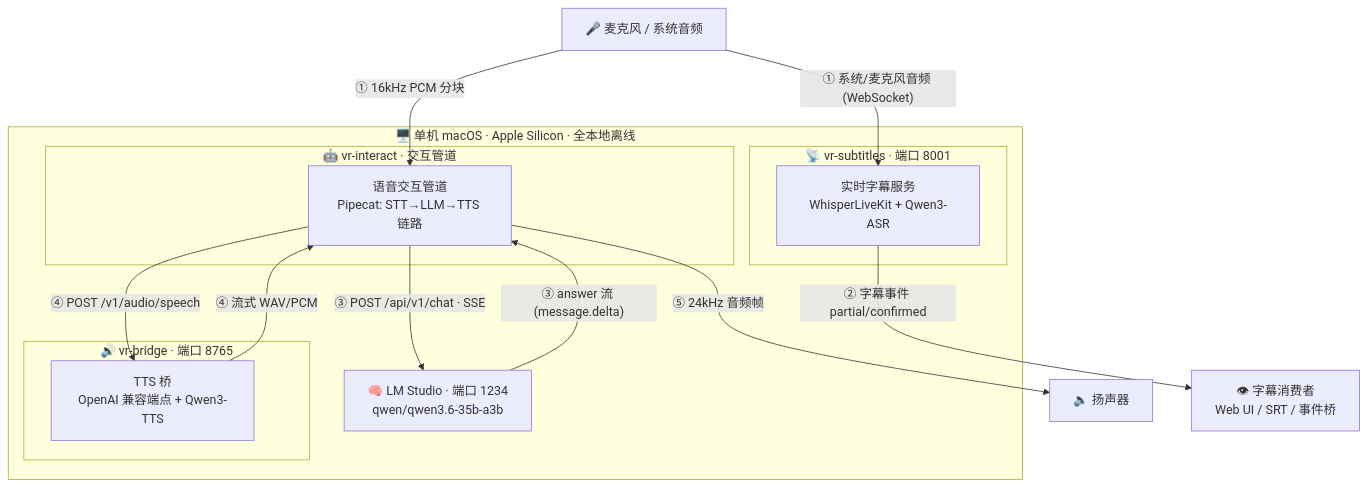
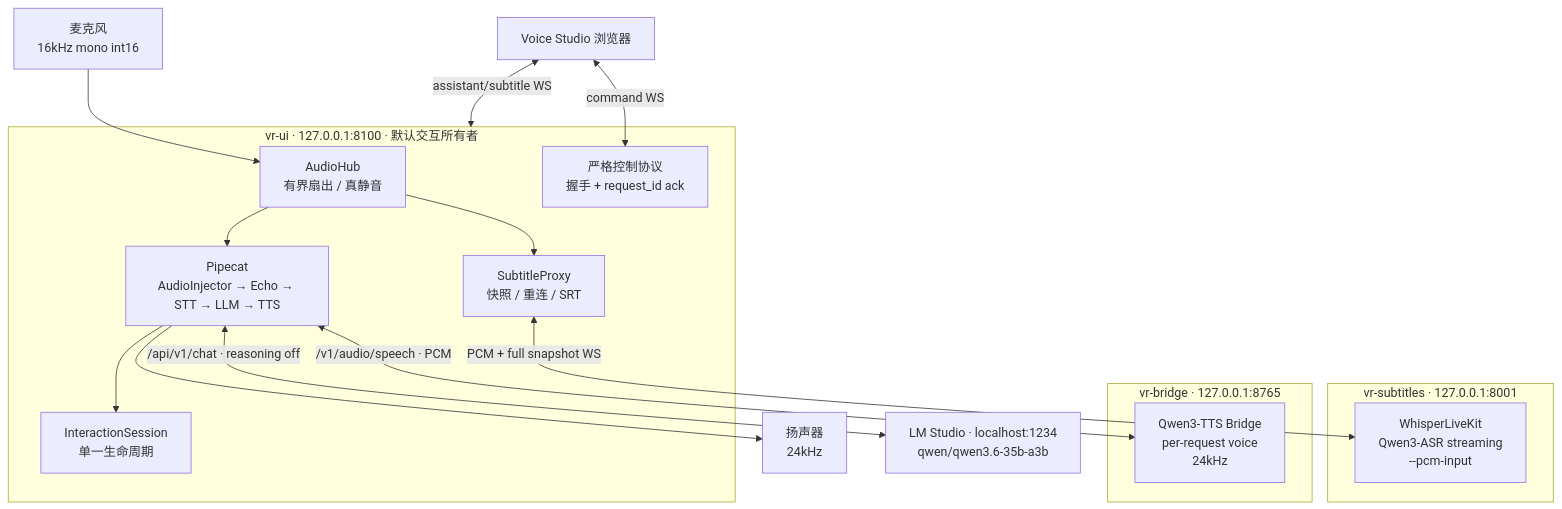
One commit to hrygo/voice-realtime changed the first of 5 diagrams in docs/架构图与流程图.md. Above: the diagram before and after it, drawn with Mermaid. The commit also changed other lines of this file and 9 other files, not shown here.

Commit message:
docs: 收敛 Voice Studio 单一所有者运行架构

````diff
--- a/docs/架构图与流程图.md
+++ b/docs/架构图与流程图.md
@@ -13,28 +7,35 @@
 ```mermaid
-graph TB
-    麦克风[🎤 麦克风 / 系统音频]
-    扬声器[🔈 扬声器]
-    字幕消费[👁 字幕消费者<br/>Web UI / SRT / 事件桥]
+flowchart TB
+    MIC[麦克风<br/>16kHz mono int16]
+    SPEAKER[扬声器<br/>24kHz]
+    BROWSER[Voice Studio 浏览器]
 
-    subgraph MACHINE["🖥️ 单机 macOS · Apple Silicon · 全本地离线"]
-        subgraph S1["📡 vr-subtitles · 端口 8001"]
-            WLK[实时字幕服务<br/>WhisperLiveKit + Qwen3-ASR]
-        end
-        subgraph S2["🤖 vr-interact · 交互管道"]
-            PIPE[语音交互管道<br/>Pipecat: STT→LLM→TTS 链路]
-        end
-        subgraph S3["🔊 vr-bridge · 端口 8765"]
-            BRIDGE[TTS 桥<br/>OpenAI 兼容端点 + Qwen3-TTS]
-        end
-        LMSTUDIO[🧠 LM Studio · 端口 1234<br/>qwen/qwen3.6-35b-a3b]
+    subgraph UI[vr-ui · 127.0.0.1:8100 · 默认交互所有者]
+        HUB[AudioHub<br/>有界扇出 / 真静音]
+        SESSION[InteractionSession<br/>单一生命周期]
+        PIPE[Pipecat<br/>AudioInjector → Echo → STT → LLM → TTS]
+        SUBPROXY[SubtitleProxy<br/>快照 / 重连 / SRT]
+        CONTROL[严格控制协议<br/>握手 + request_id ack]
+        HUB --> PIPE
+        PIPE --> SESSION
+        HUB --> SUBPROXY
     end
 
-    麦克风 -->|"① 系统/麦克风音频 (WebSocket)"| WLK
-    麦克风 -->|"① 16kHz PCM 分块"| PIPE
-    WLK -->|"② 字幕事件 partial/confirmed"| 字幕消费
-    PIPE -->|"③ POST /api/v1/chat · SSE"| LMSTUDIO
-    LMSTUDIO -->|"③ answer 流 (message.delta)"| PIPE
-    PIPE -->|"④ POST /v1/audio/speech"| BRIDGE
-    BRIDGE -->|"④ 流式 WAV/PCM"| PIPE
-    PIPE -->|"⑤ 24kHz 音频帧"| 扬声器
+    subgraph SUB[vr-subtitles · 127.0.0.1:8001]
+        WLK[WhisperLiveKit<br/>Qwen3-ASR streaming<br/>--pcm-input]
+    end
+
+    subgraph BRIDGE[vr-bridge · 127.0.0.1:8765]
+        TTS[Qwen3-TTS Bridge<br/>per-request voice<br/>24kHz]
+    end
+
+    LM[LM Studio · localhost:1234<br/>qwen/qwen3.6-35b-a3b]
+
+    MIC --> HUB
+    SUBPROXY <-->|PCM + full snapshot WS| WLK
+    PIPE <-->|/api/v1/chat · reasoning off| LM
+    PIPE <-->|/v1/audio/speech · PCM| TTS
+    PIPE --> SPEAKER
+    BROWSER <-->|assistant/subtitle WS| UI
+    BROWSER <-->|command WS| CONTROL
 ```
````
